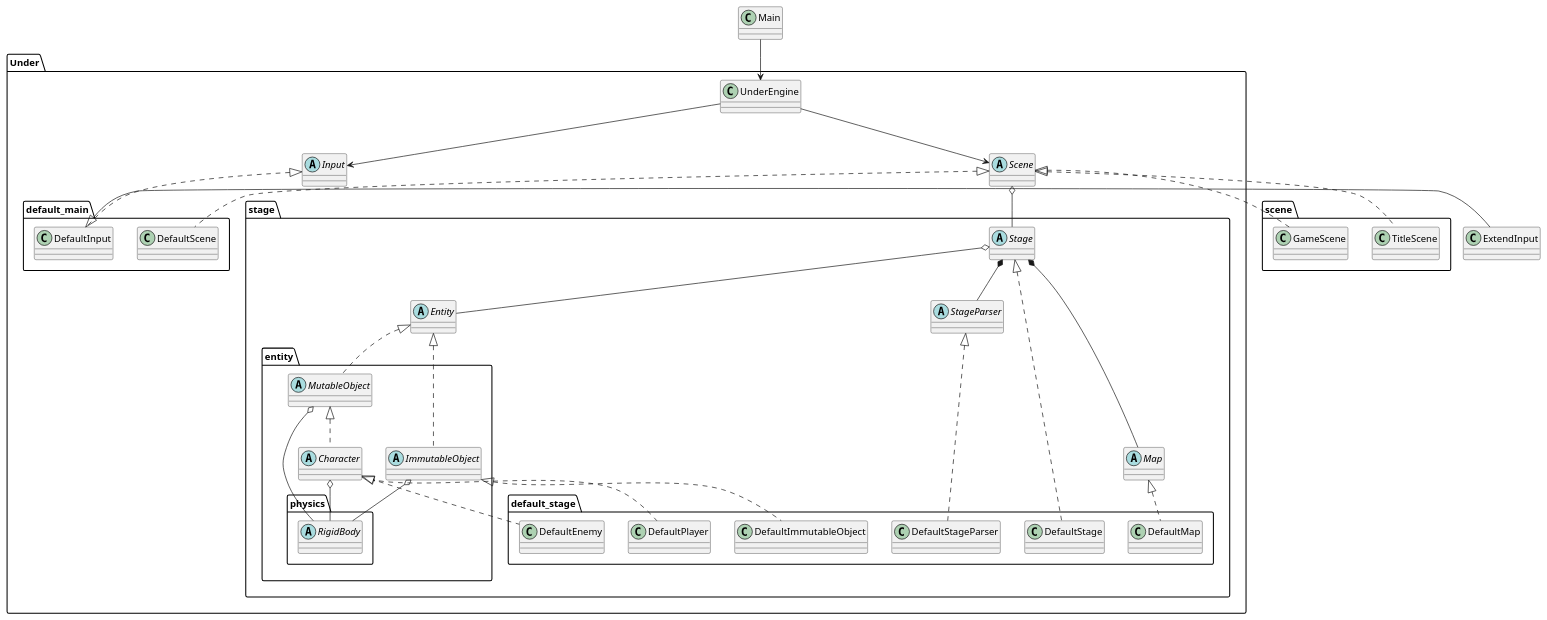
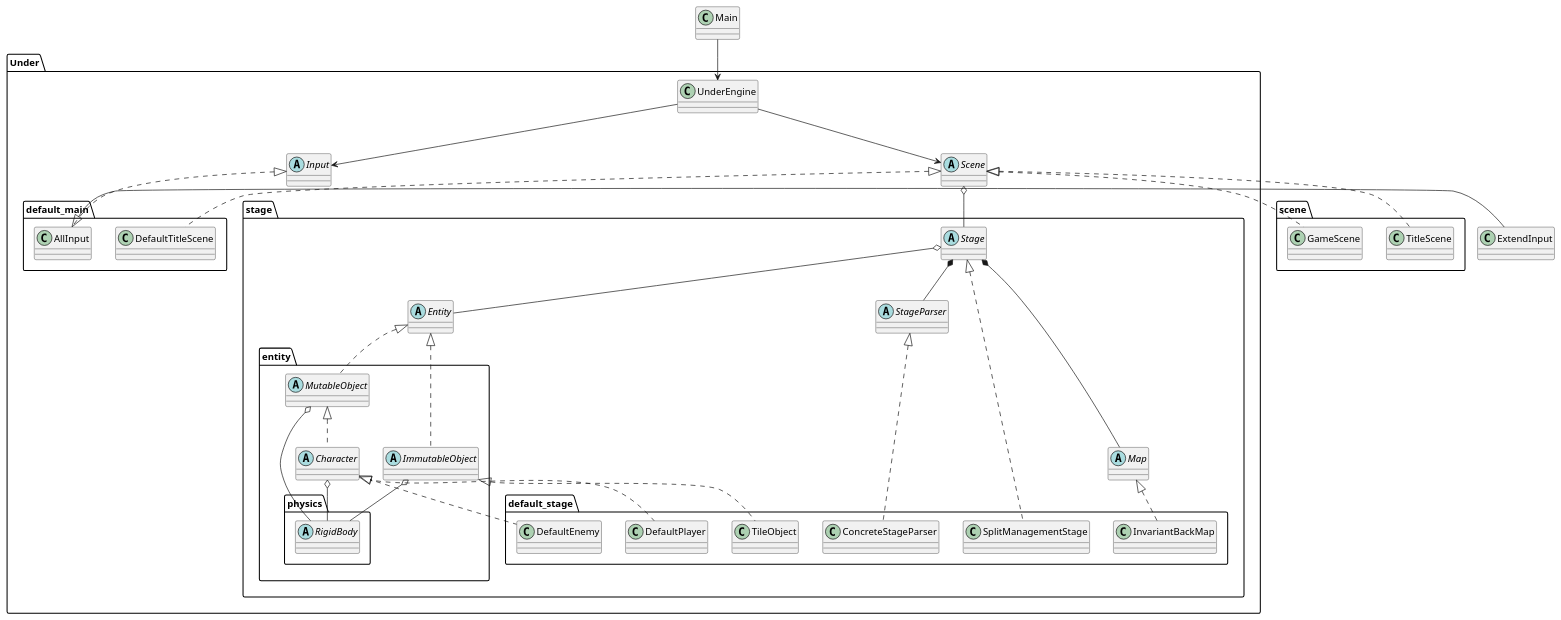
Before and after one commit to Expine/Under: the diagram in uml/UnderEngine.wsd, drawn with PlantUML. The commit also changed 32 other files, not shown here.

```diff
--- a/uml/UnderEngine.wsd
+++ b/uml/UnderEngine.wsd
@@ -1,79 +1,79 @@
 @startuml UnderEngine
 
 package Under {
     class UnderEngine
     abstract Scene
     abstract Input
 
     package default_main {
-        class DefaultScene
-        class DefaultInput
+        class DefaultTitleScene
+        class AllInput
     }
 
     package stage {
         abstract Stage
         abstract Map
         abstract Entity
         abstract StageParser
 
         package entity {
             abstract ImmutableObject
             abstract MutableObject
             abstract Character
 
             package physics {
                 abstract RigidBody
             }
         }
 
         package default_stage {
-            class DefaultStage
-            class DefaultMap
-            class DefaultStageParser
-            class DefaultImmutableObject
+            class SplitManagementStage
+            class InvariantBackMap
+            class ConcreteStageParser
+            class TileObject
             class DefaultPlayer
             class DefaultEnemy
         }
     }
 }
 
 package scene {
     class TitleScene
     class GameScene
 }
 
 Main --> UnderEngine
 
 UnderEngine --> Input
 UnderEngine --> Scene
 
-Input <|.. DefaultInput
-DefaultInput <|- ExtendInput
+Input <|.. AllInput
+AllInput <|- ExtendInput
 
-Scene <|.. DefaultScene
+Scene <|.. DefaultTitleScene
 Scene o-- Stage
 
 Scene <|.. TitleScene
 Scene <|.. GameScene
 
 Stage o-- Entity
 Stage *-- Map
 Stage *-- StageParser
 
 Entity <|.. ImmutableObject
 Entity <|.. MutableObject
 MutableObject <|.. Character
 
 Character <|.. DefaultPlayer
 Character <|.. DefaultEnemy
 
 ImmutableObject o-- RigidBody
 MutableObject o-- RigidBody
 Character o-- RigidBody
 
-Stage <|.. DefaultStage
-Map <|.. DefaultMap
-StageParser <|.. DefaultStageParser
-ImmutableObject <|.. DefaultImmutableObject
+Stage <|.. SplitManagementStage
+Map <|.. InvariantBackMap
+StageParser <|.. ConcreteStageParser
+ImmutableObject <|.. TileObject
 
 @enduml
```
